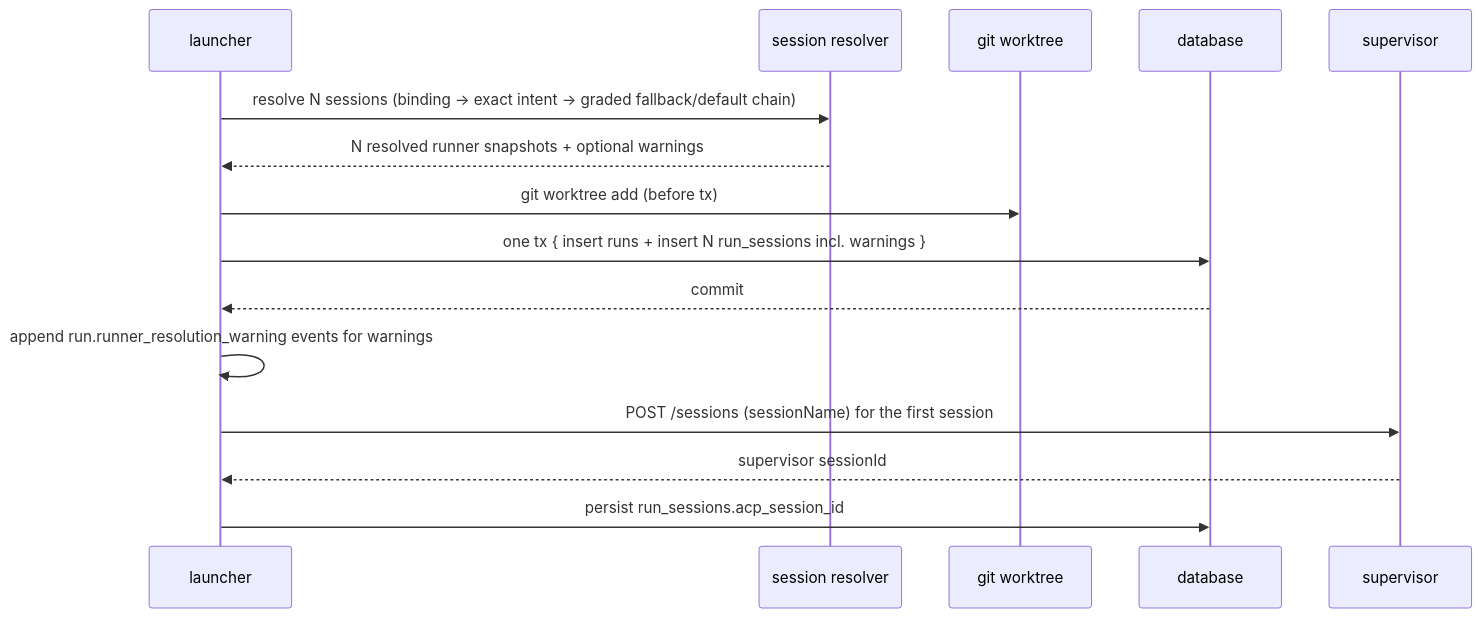
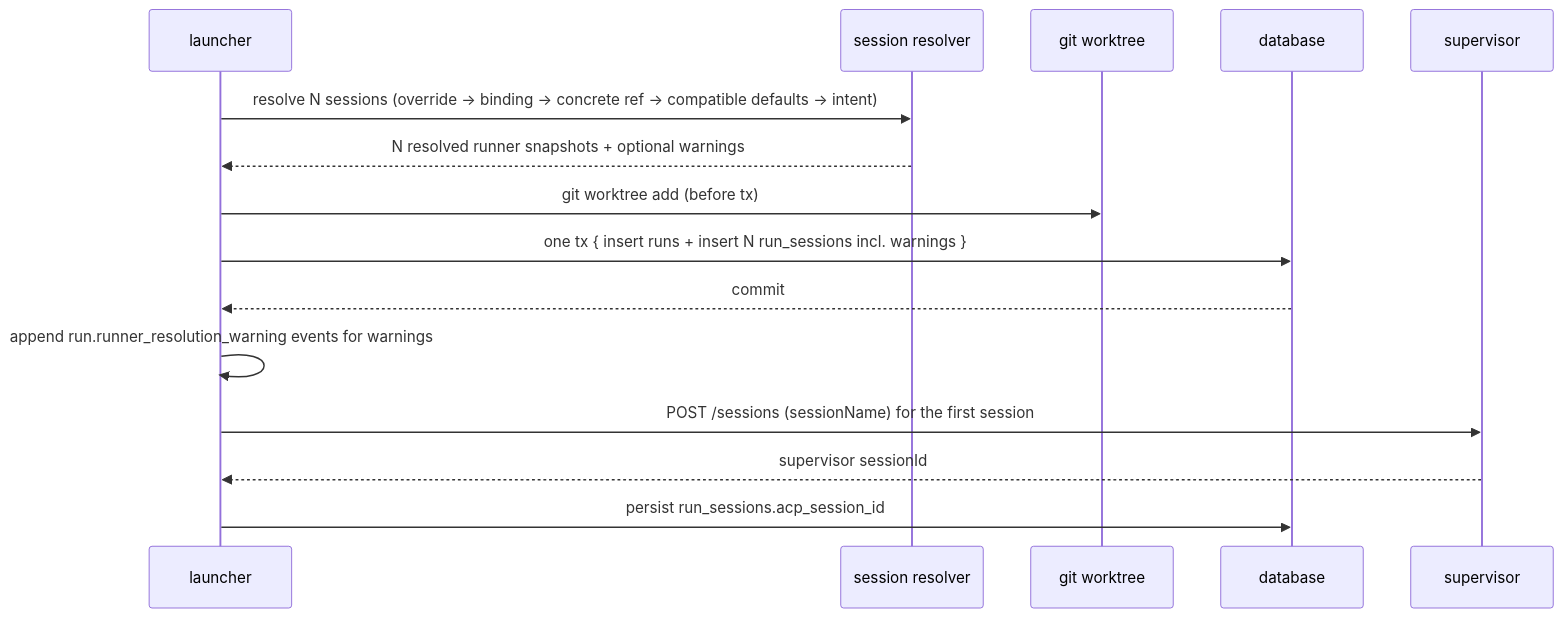
The fourth of 5 diagrams in docs/system-analytics/sessions.md (maister-dev/maister), drawn with Mermaid before and after one commit. The commit also changed other lines of this file and 59 other files, not shown here.

````diff
--- a/docs/system-analytics/sessions.md
+++ b/docs/system-analytics/sessions.md
@@ -117,17 +117,17 @@
 ```mermaid
 sequenceDiagram
     participant U as launcher
     participant RES as session resolver
     participant WT as git worktree
     participant DB as database
     participant SUP as supervisor
-    U->>RES: resolve N sessions (binding → exact intent → graded fallback/default chain)
+    U->>RES: resolve N sessions (override → binding → concrete ref → compatible defaults → intent)
     RES-->>U: N resolved runner snapshots + optional warnings
     U->>WT: git worktree add (before tx)
     U->>DB: one tx { insert runs + insert N run_sessions incl. warnings }
     DB-->>U: commit
     U->>U: append run.runner_resolution_warning events for warnings
     U->>SUP: POST /sessions (sessionName) for the first session
     SUP-->>U: supervisor sessionId
     U->>DB: persist run_sessions.acp_session_id
 ```
````
